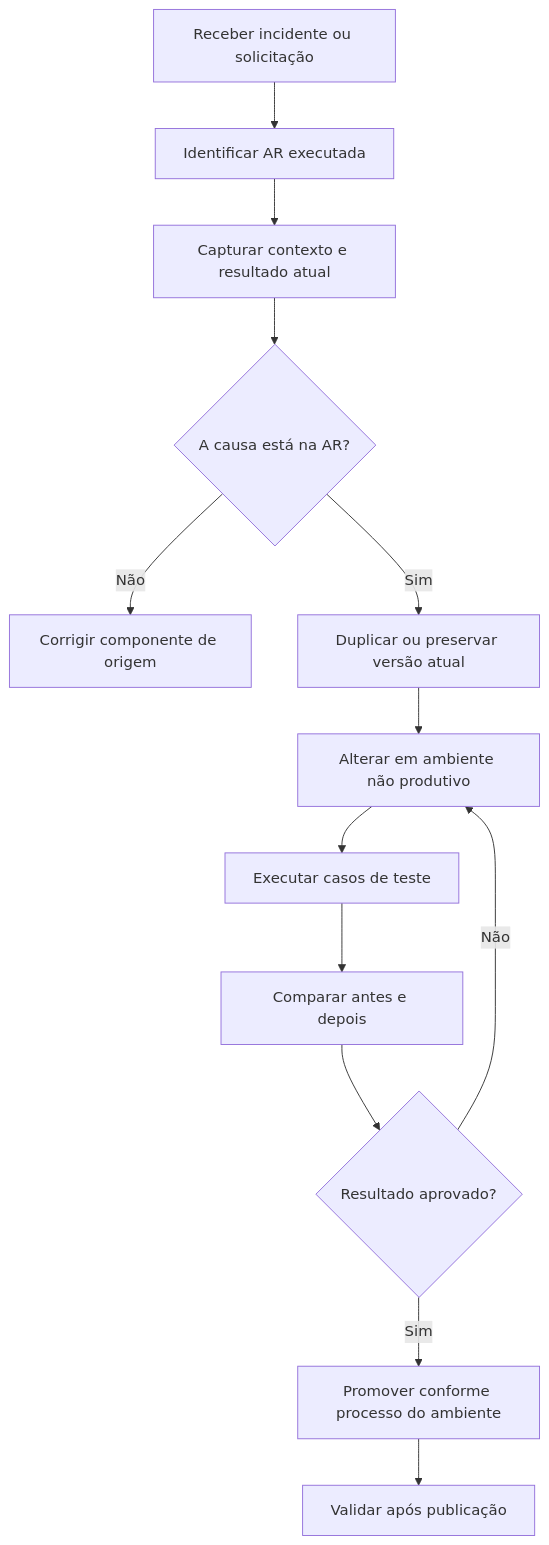
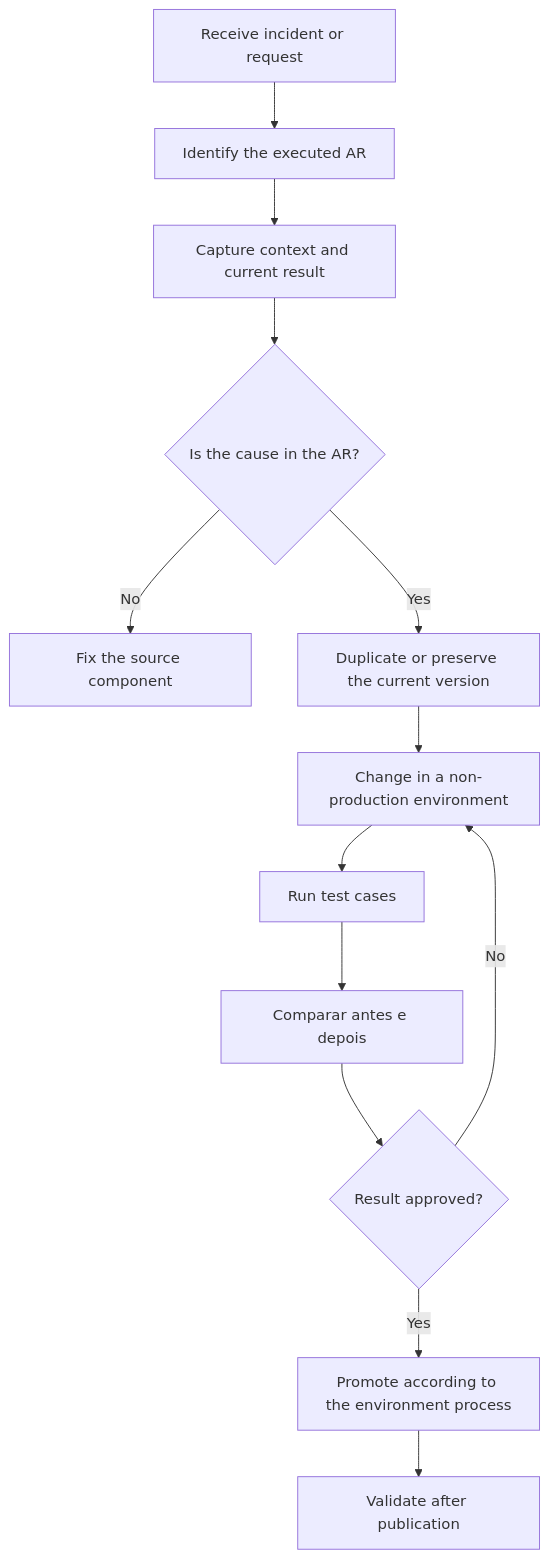
The diagram in docs/allocation-rules/development.md (msekimoto/investran), drawn with Mermaid before and after one commit. The commit also changed other lines of this file and 105 other files, not shown here.

````diff
--- a/docs/allocation-rules/development.md
+++ b/docs/allocation-rules/development.md
@@ -26,15 +26,15 @@
 ```mermaid
 flowchart TD
-    A[Receber incidente ou solicitação] --> B[Identificar AR executada]
-    B --> C[Capturar contexto e resultado atual]
-    C --> D{A causa está na AR?}
-    D -- Não --> E[Corrigir componente de origem]
-    D -- Sim --> F[Duplicar ou preservar versão atual]
-    F --> G[Alterar em ambiente não produtivo]
-    G --> H[Executar casos de teste]
+    A[Receive incident or request] --> B[Identify the executed AR]
+    B --> C[Capture context and current result]
+    C --> D{Is the cause in the AR?}
+    D -- No --> E[Fix the source component]
+    D -- Yes --> F[Duplicate or preserve the current version]
+    F --> G[Change in a non-production environment]
+    G --> H[Run test cases]
     H --> I[Comparar antes e depois]
-    I --> J{Resultado aprovado?}
-    J -- Não --> G
-    J -- Sim --> K[Promover conforme processo do ambiente]
-    K --> L[Validar após publicação]
+    I --> J{Result approved?}
+    J -- No --> G
+    J -- Yes --> K[Promote according to the environment process]
+    K --> L[Validate after publication]
 ```
````
